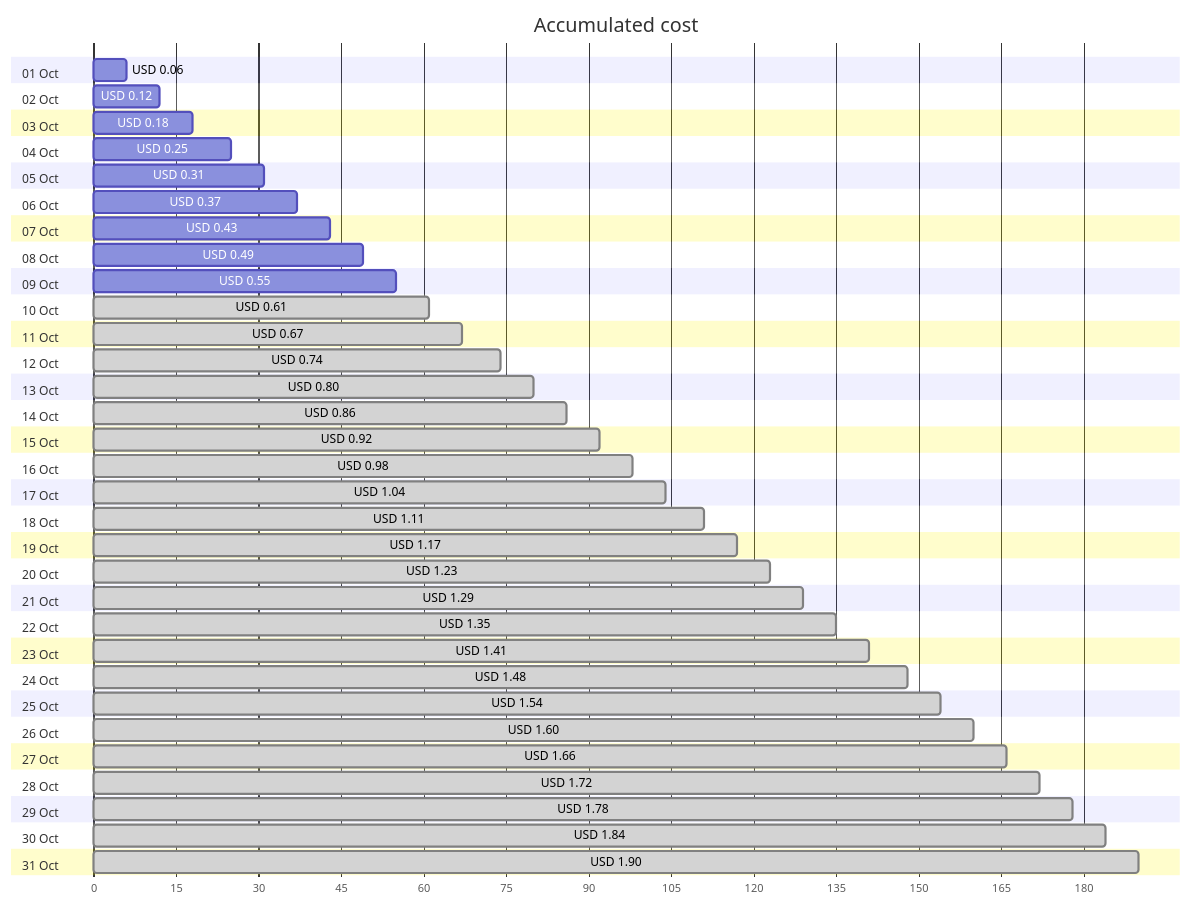
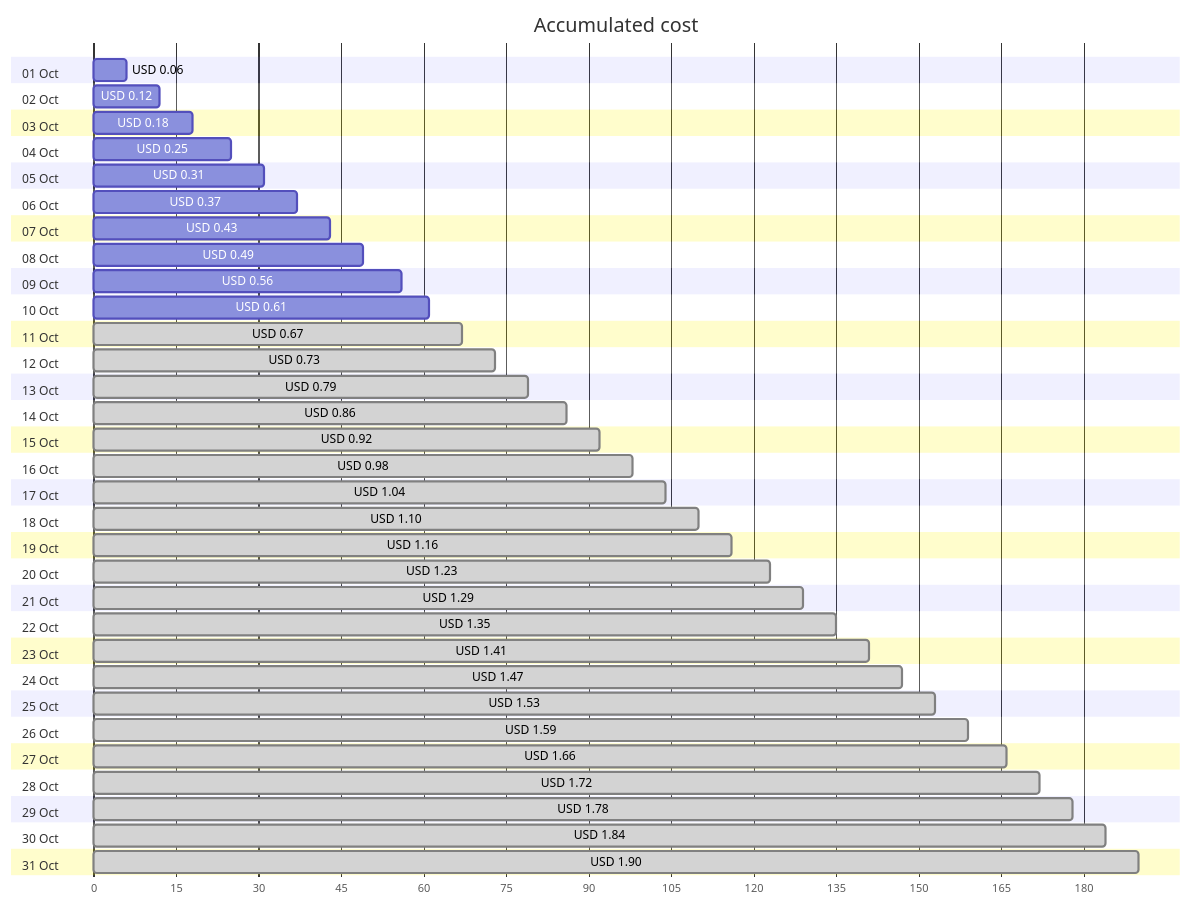
Before and after one commit to jpfulton/azure-personal-reports: the first of 4 diagrams in cost-reports/personal-network/backup-server_OsDisk.md, drawn with Mermaid. The commit also changed other lines of this file and 8 other files, not shown here.

````diff
--- a/cost-reports/personal-network/backup-server_OsDisk.md
+++ b/cost-reports/personal-network/backup-server_OsDisk.md
@@ -20,68 +20,68 @@
 ```mermaid
 gantt
    title Accumulated cost
    dateFormat  X
    axisFormat %s
    section 01 Oct
    USD 0.06 :0, 6
    section 02 Oct
    USD 0.12 :0, 12
    section 03 Oct
    USD 0.18 :0, 18
    section 04 Oct
    USD 0.25 :0, 25
    section 05 Oct
    USD 0.31 :0, 31
    section 06 Oct
    USD 0.37 :0, 37
    section 07 Oct
    USD 0.43 :0, 43
    section 08 Oct
    USD 0.49 :0, 49
    section 09 Oct
-   USD 0.55 :0, 55
+   USD 0.56 :0, 56
    section 10 Oct
-   USD 0.61 : done, 0, 61
+   USD 0.61 :0, 61
    section 11 Oct
    USD 0.67 : done, 0, 67
    section 12 Oct
-   USD 0.74 : done, 0, 74
+   USD 0.73 : done, 0, 73
    section 13 Oct
-   USD 0.80 : done, 0, 80
+   USD 0.79 : done, 0, 79
    section 14 Oct
    USD 0.86 : done, 0, 86
    section 15 Oct
    USD 0.92 : done, 0, 92
    section 16 Oct
    USD 0.98 : done, 0, 98
    section 17 Oct
    USD 1.04 : done, 0, 104
    section 18 Oct
-   USD 1.11 : done, 0, 111
+   USD 1.10 : done, 0, 110
    section 19 Oct
-   USD 1.17 : done, 0, 117
+   USD 1.16 : done, 0, 116
    section 20 Oct
    USD 1.23 : done, 0, 123
    section 21 Oct
    USD 1.29 : done, 0, 129
    section 22 Oct
    USD 1.35 : done, 0, 135
    section 23 Oct
    USD 1.41 : done, 0, 141
    section 24 Oct
-   USD 1.48 : done, 0, 148
+   USD 1.47 : done, 0, 147
    section 25 Oct
-   USD 1.54 : done, 0, 154
+   USD 1.53 : done, 0, 153
    section 26 Oct
-   USD 1.60 : done, 0, 160
+   USD 1.59 : done, 0, 159
    section 27 Oct
    USD 1.66 : done, 0, 166
    section 28 Oct
    USD 1.72 : done, 0, 172
    section 29 Oct
    USD 1.78 : done, 0, 178
    section 30 Oct
    USD 1.84 : done, 0, 184
    section 31 Oct
    USD 1.90 : done, 0, 190
 ```
````
